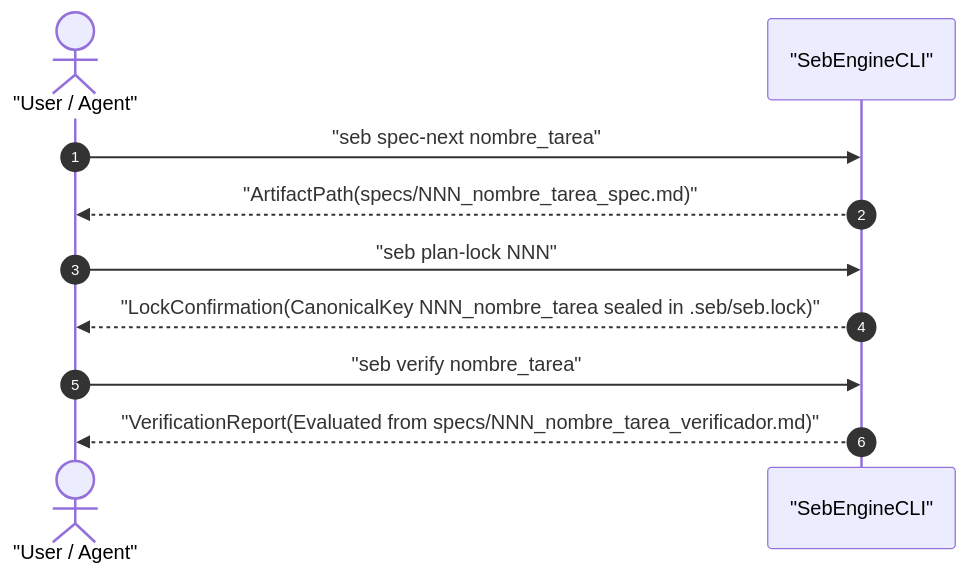
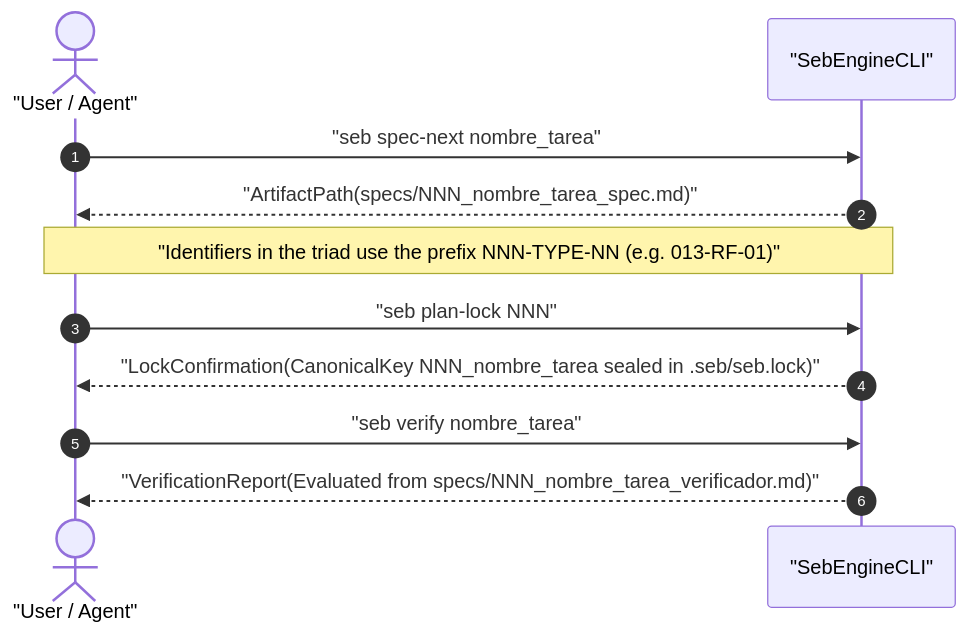
The first of 2 diagrams in docs/use-cases/UC-artifacts_sequential_naming.md (Calevin/seb-harness), drawn with Mermaid before and after one commit. The commit also changed other lines of this file and 78 other files, not shown here.

````diff
--- a/docs/use-cases/UC-artifacts_sequential_naming.md
+++ b/docs/use-cases/UC-artifacts_sequential_naming.md
@@ -17,15 +21,16 @@
 ```mermaid
 sequenceDiagram
     autonumber
     actor User as "User / Agent"
     participant System as "SebEngineCLI"
 
     User->>System: "seb spec-next nombre_tarea"
     System-->>User: "ArtifactPath(specs/NNN_nombre_tarea_spec.md)"
+    Note over User,System: "Identifiers in the triad use the prefix NNN-TYPE-NN (e.g. 013-RF-01)"
 
     User->>System: "seb plan-lock NNN"
     System-->>User: "LockConfirmation(CanonicalKey NNN_nombre_tarea sealed in .seb/seb.lock)"
 
     User->>System: "seb verify nombre_tarea"
     System-->>User: "VerificationReport(Evaluated from specs/NNN_nombre_tarea_verificador.md)"
 ```
````
